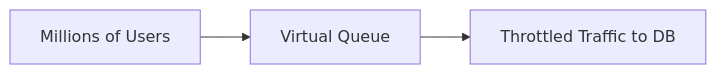
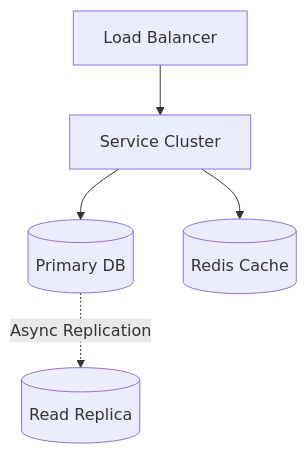
The second of 2 diagrams in 19-Interview_Question/07) E-commerce & Marketplace/Hard/02_TicketMaster/Problem.md (IshanDigra/HLD-Content), drawn with Mermaid before and after one commit. The commit also changed other lines of this file and 29 other files, not shown here.

First line of the commit message:
Address PR feedback: Add TOC, Diagrams, and BOE calculations

````diff
--- a/19-Interview_Question/07) E-commerce & Marketplace/Hard/02_TicketMaster/Problem.md
+++ b/19-Interview_Question/07) E-commerce & Marketplace/Hard/02_TicketMaster/Problem.md
@@ -130,5 +106,7 @@
 ```mermaid
-graph LR
-    A[Millions of Users] --> B[Virtual Queue]
-    B --> C[Throttled Traffic to DB]
+graph TD
+    A[Load Balancer] --> B[Service Cluster]
+    B --> C[(Primary DB)]
+    C -.->|Async Replication| D[(Read Replica)]
+    B --> E[(Redis Cache)]
 ```
````
